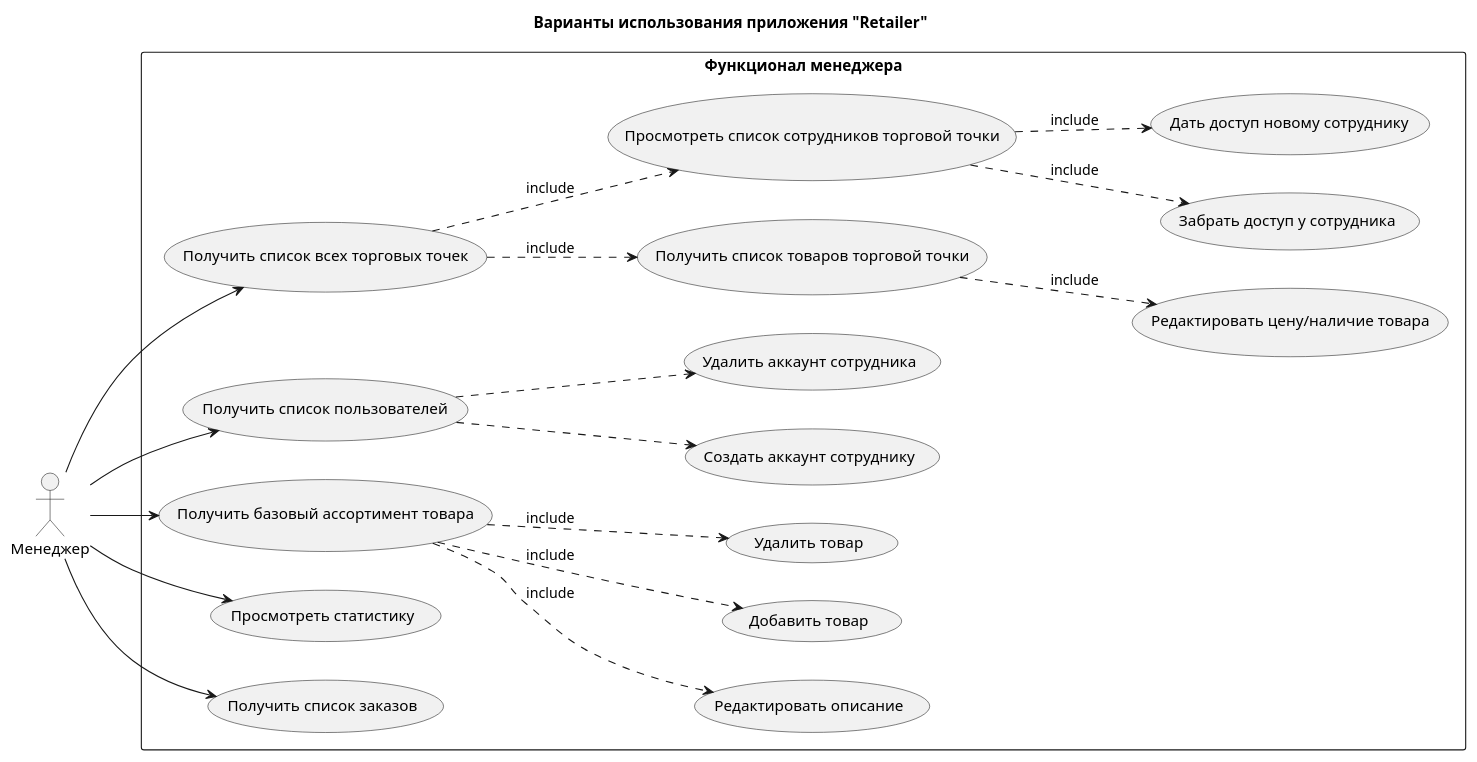
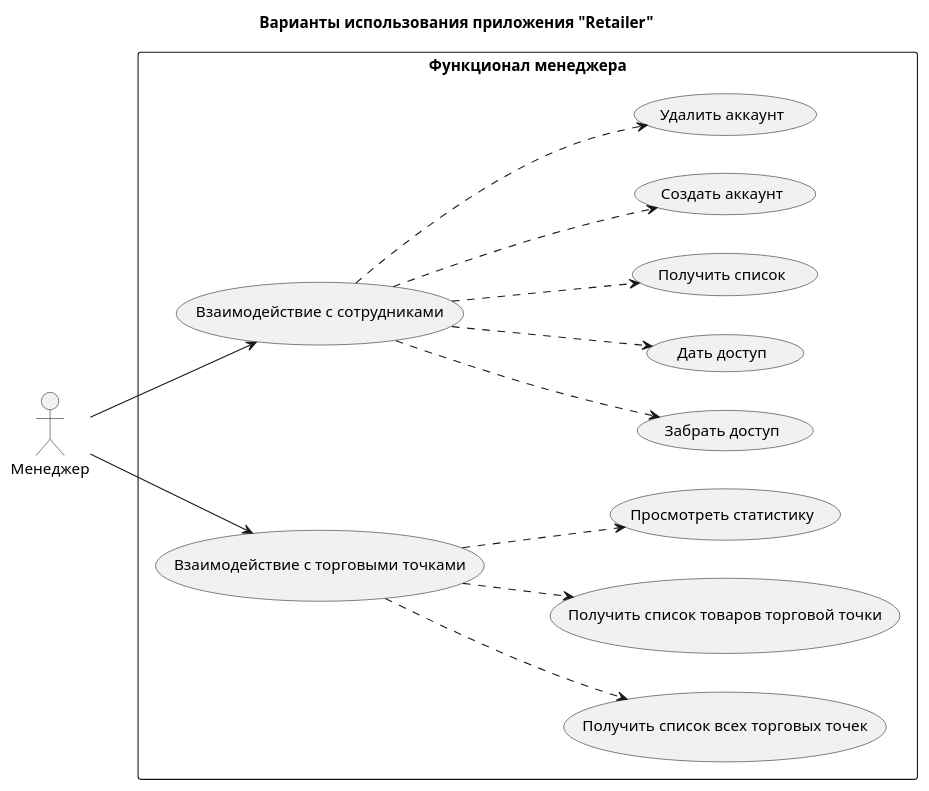
The diagram in docs/usecase-manager.puml (ivaaahn/retailer), drawn with PlantUML before and after one commit. The commit also changed 24 other files, not shown here.

```diff
--- a/docs/usecase-manager.puml
+++ b/docs/usecase-manager.puml
@@ -1,49 +1,37 @@
 @startuml "Retailer"
 
 title Варианты использования приложения "Retailer"
 
 left to right direction
 
 actor :Менеджер: as Admin
 
 
 rectangle "Функционал менеджера" {
+    usecase "Взаимодействие с сотрудниками" as Staff
+    usecase "Забрать доступ" as RevokeStaff
+    usecase "Дать доступ" as GrantStaff
+    usecase "Получить список" as AdminStaffList
+    usecase "Создать аккаунт" as AdminStaffCreate
+    usecase "Удалить аккаунт" as AdminStaffRemove
+
+    usecase "Взаимодействие с торговыми точками" as Shop
     usecase "Получить список всех торговых точек" as AdminShopList
 	usecase "Получить список товаров торговой точки" as AdminShopInfo
-	usecase "Редактировать цену/наличие товара" as AdminProductEdit
-    usecase "Просмотреть список сотрудников торговой точки" as AdminShopStaffList
-    usecase "Забрать доступ у сотрудника" as RevokeStaff
-    usecase "Дать доступ новому сотруднику" as GrantStaff
-    usecase "Получить список пользователей" as AdminStaffList
-    usecase "Создать аккаунт сотруднику" as AdminStaffCreate
-    usecase "Удалить аккаунт сотрудника" as AdminStaffRemove
-    usecase "Получить базовый ассортимент товара" as AdminProductList
-    usecase "Редактировать описание" as AdminEditProduct
-    usecase "Добавить товар" as AdminAddProduct
-    usecase "Удалить товар" as AdminRemoveProduct
     usecase "Просмотреть статистику" as AdminGetStat
-    usecase "Получить список заказов" as AdminOrdersList
 }
 
 
-Admin --> AdminShopList
-AdminShopList ..> AdminShopStaffList : include
-AdminShopStaffList ..> RevokeStaff : include
-AdminShopStaffList ..> GrantStaff : include
-AdminShopList ..> AdminShopInfo : include
-AdminShopInfo ..> AdminProductEdit : include
+Admin --> Staff
+Staff ..> RevokeStaff
+Staff ..> GrantStaff
+Staff ..> AdminStaffList
+Staff ..> AdminStaffCreate
+Staff ..> AdminStaffRemove
 
-Admin --> AdminStaffList
-AdminStaffList ..> AdminStaffCreate
-AdminStaffList ..> AdminStaffRemove
-
-Admin --> AdminProductList
-AdminProductList ..> AdminAddProduct : include
-AdminProductList ..> AdminEditProduct : include
-AdminProductList ..> AdminRemoveProduct : include
-
-Admin --> AdminGetStat
-Admin --> AdminOrdersList
-
+Admin --> Shop
+Shop ..> AdminShopList
+Shop ..> AdminShopInfo
+Shop ..> AdminGetStat
 
 @enduml
```
